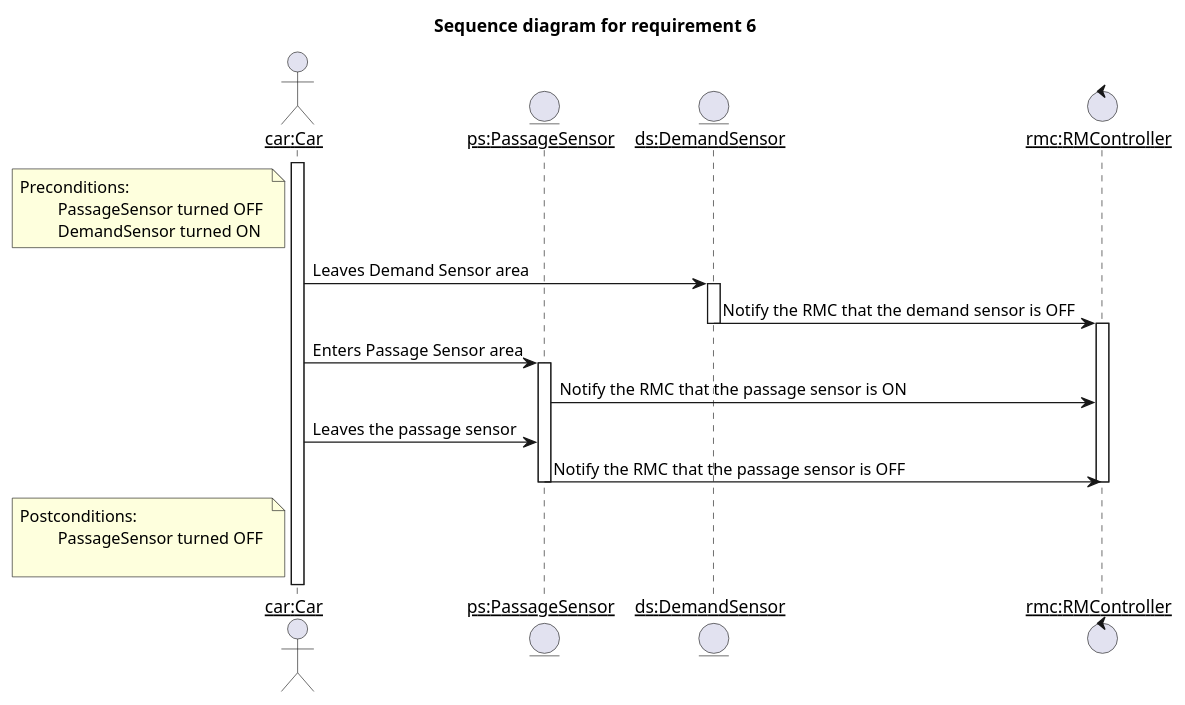
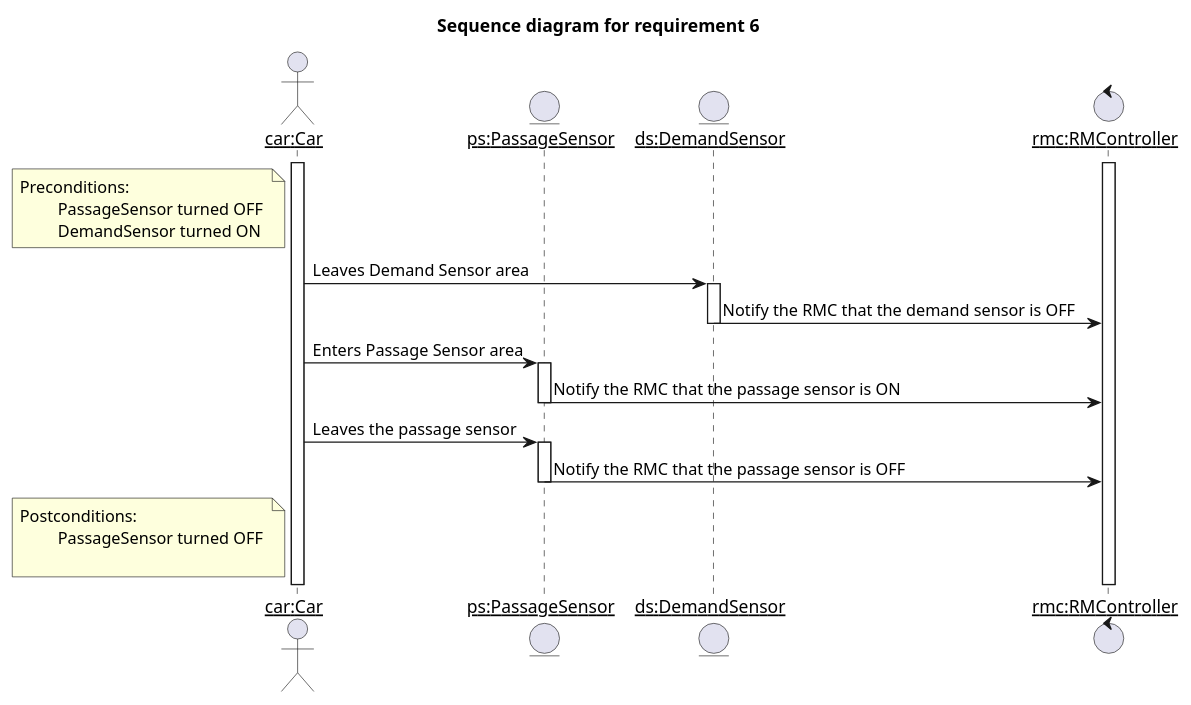
The diagram in 01_RequirementsChecking/diagrams/sequence_diagram_req6.puml (MaksimKarnaukh/MoSIS), drawn with PlantUML before and after one commit. The commit also changed 2 other files, not shown here.

```diff
--- a/01_RequirementsChecking/diagrams/sequence_diagram_req6.puml
+++ b/01_RequirementsChecking/diagrams/sequence_diagram_req6.puml
@@ -1,32 +1,35 @@
 @startuml
 skinparam sequenceParticipant underline
 
 '6) The passage sensor can only be turned ON once a car leaves the demand
 'sensor shifting from ON to OFF. Another car can only turn the
 'passage sensor ON once it has been turned OFF (the previous car joined the mainline).
 title "Sequence diagram for requirement 6"
 
 actor "car:Car" as Car
 entity "ps:PassageSensor" as PS
 entity "ds:DemandSensor" as DS
 control "rmc:RMController" as RMC
 
 note left of Car : Preconditions:\n\t PassageSensor turned OFF \n\t DemandSensor turned ON
 
 Activate Car
+Activate RMC
 Car -> DS:Leaves Demand Sensor area
 Activate DS
 DS -> RMC : Notify the RMC that the demand sensor is OFF
 Deactivate DS
-Activate RMC
+
 Car -> PS:Enters Passage Sensor area
 Activate PS
 PS -> RMC : Notify the RMC that the passage sensor is ON
+Deactivate PS
 Car -> PS :Leaves the passage sensor
+Activate PS
 PS -> RMC : Notify the RMC that the passage sensor is OFF
 Deactivate PS
-Deactivate RMC
+'Deactivate RMC
 
 note left  of Car : Postconditions:\n\t PassageSensor turned OFF \n\t
 
 @enduml
```
